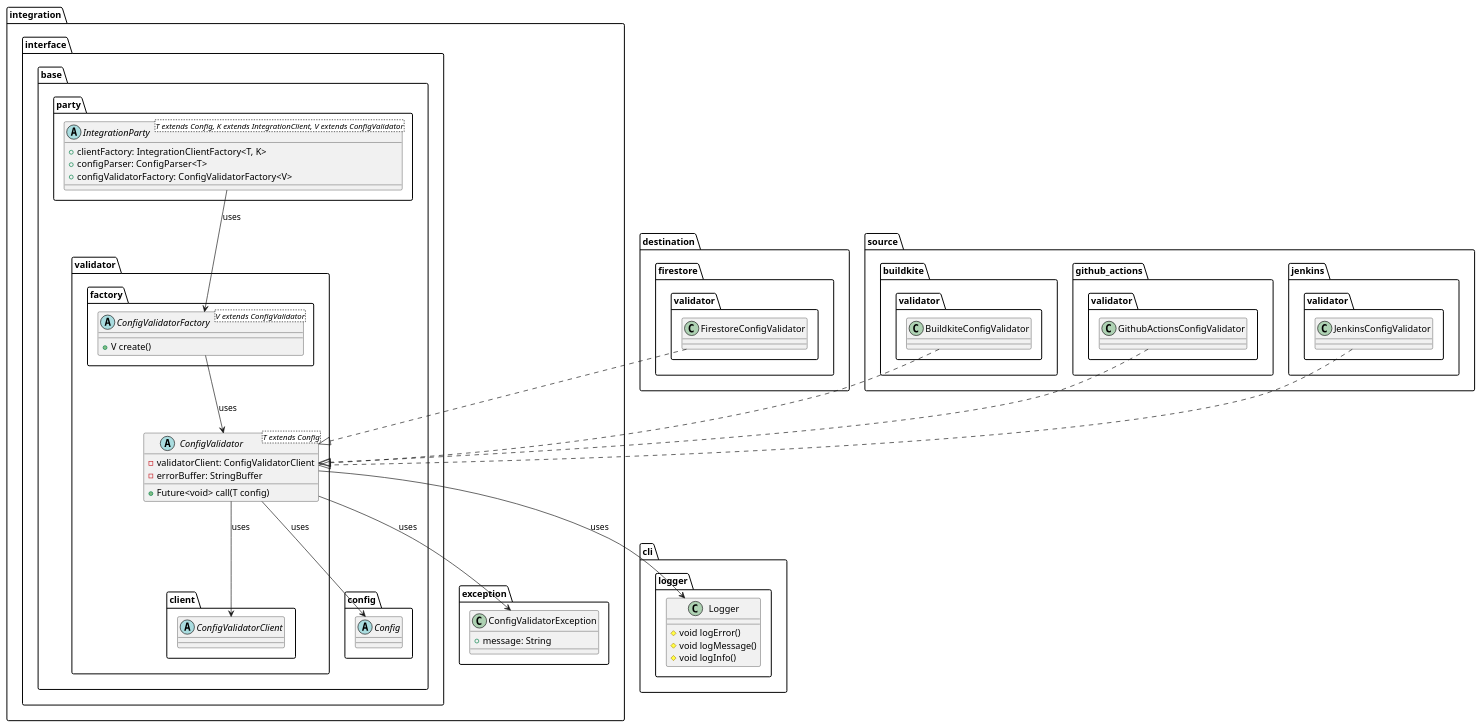
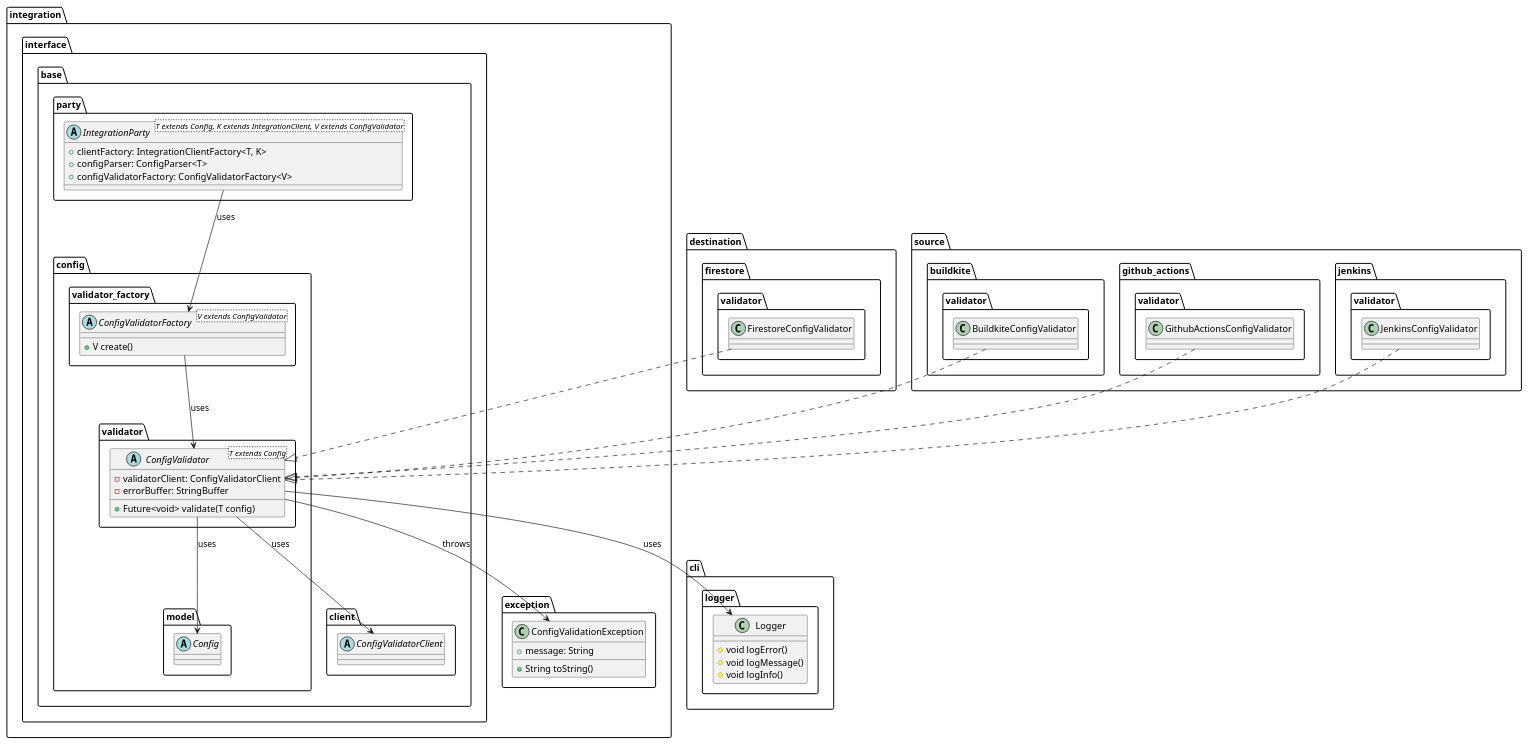
Before and after one commit to Flank/flank-dashboard: the diagram in metrics/ci_integrations/docs/diagrams/ci_integrations_config_validator_class_diagram.puml, drawn with PlantUML. The commit also changed 2 other files, not shown here.

```diff
--- a/metrics/ci_integrations/docs/diagrams/ci_integrations_config_validator_class_diagram.puml
+++ b/metrics/ci_integrations/docs/diagrams/ci_integrations_config_validator_class_diagram.puml
@@ -1,84 +1,87 @@
 @startuml ci_integrations_config_validator_class_diagram
 
     package integration {
         package interface.base {
             package party {
                 abstract class IntegrationParty<T extends Config, K extends IntegrationClient, V extends ConfigValidator> {
                     + clientFactory: IntegrationClientFactory<T, K>
                     + configParser: ConfigParser<T>
                     + configValidatorFactory: ConfigValidatorFactory<V>
                 }
             }
 
-            package validator {
-                abstract class ConfigValidator<T extends Config> {
-                    - validatorClient: ConfigValidatorClient
-                    - errorBuffer: StringBuffer
-                    + Future<void> call(T config)
+            package client {
+                abstract class ConfigValidatorClient {}
+            }
+
+            package config {
+                package model {
+                    abstract class Config {}
                 }
 
-                package client {
-                    abstract class ConfigValidatorClient {}
+                package validator {
+                    abstract class ConfigValidator<T extends Config> {
+                        - validatorClient: ConfigValidatorClient
+                        - errorBuffer: StringBuffer
+                        + Future<void> validate(T config)
+                    }
                 }
 
-                package factory {
+                package validator_factory {
                     abstract class ConfigValidatorFactory<V extends ConfigValidator> {
                         + V create()
                     }
                 }
             }
-
-            package config {
-                abstract class Config {}
-            }
         }
 
         package exception {
-            class ConfigValidatorException {
+            class ConfigValidationException {
                 + message: String
+                + String toString()
             }
         }
 
     }
 
     package destination.firestore.validator {
         class FirestoreConfigValidator {}
     }
 
     package source {
         package buildkite.validator {
             class BuildkiteConfigValidator {}
         }
 
         package github_actions.validator {
             class GithubActionsConfigValidator {}
         }
 
         package jenkins.validator {
             class JenkinsConfigValidator {}
         }
     }
 
     package cli.logger {
         class Logger {
             # void logError()
             # void logMessage()
             # void logInfo()
         }
     }
 
     IntegrationParty --> ConfigValidatorFactory : uses
 
     ConfigValidatorFactory --> ConfigValidator : uses
 
     ConfigValidator --> ConfigValidatorClient : uses
-    ConfigValidator --> ConfigValidatorException : uses
+    ConfigValidator --> ConfigValidationException : throws
     ConfigValidator --> Logger : uses
     ConfigValidator --> Config : uses
 
     FirestoreConfigValidator ..|> ConfigValidator
     BuildkiteConfigValidator ..|> ConfigValidator
     GithubActionsConfigValidator ..|> ConfigValidator
     JenkinsConfigValidator ..|> ConfigValidator
 
 @enduml
```
